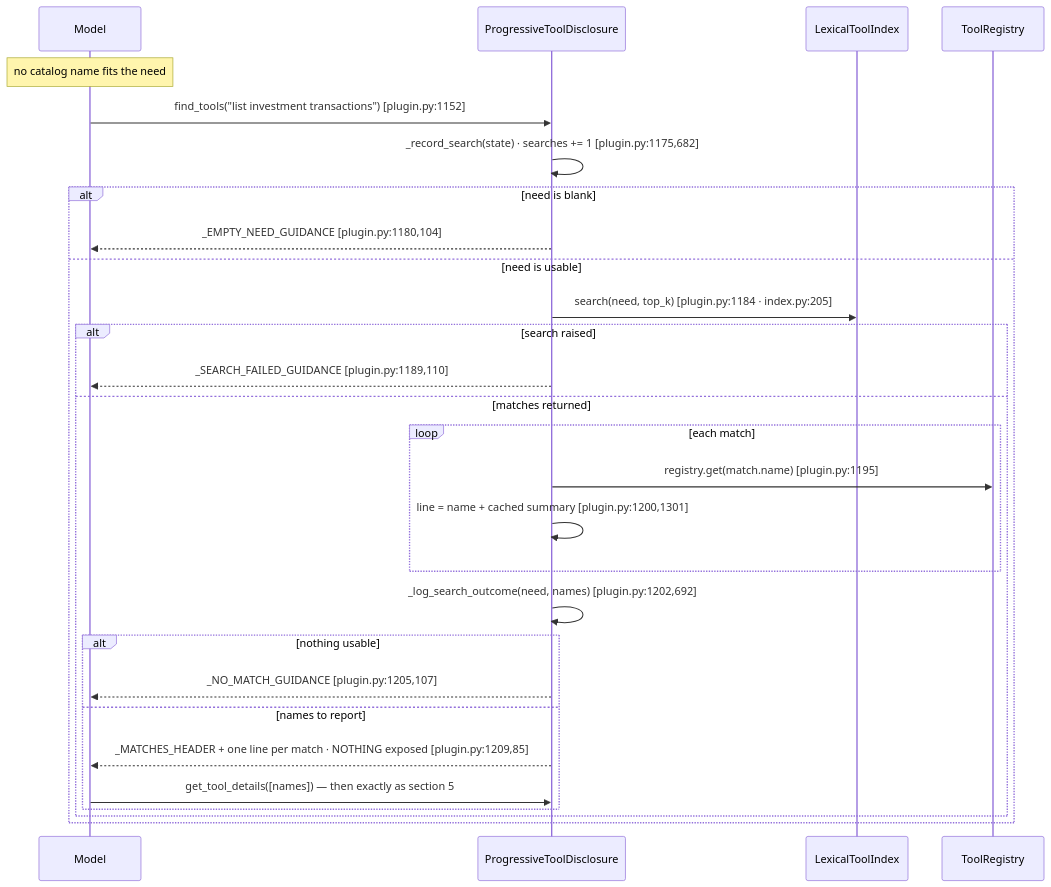
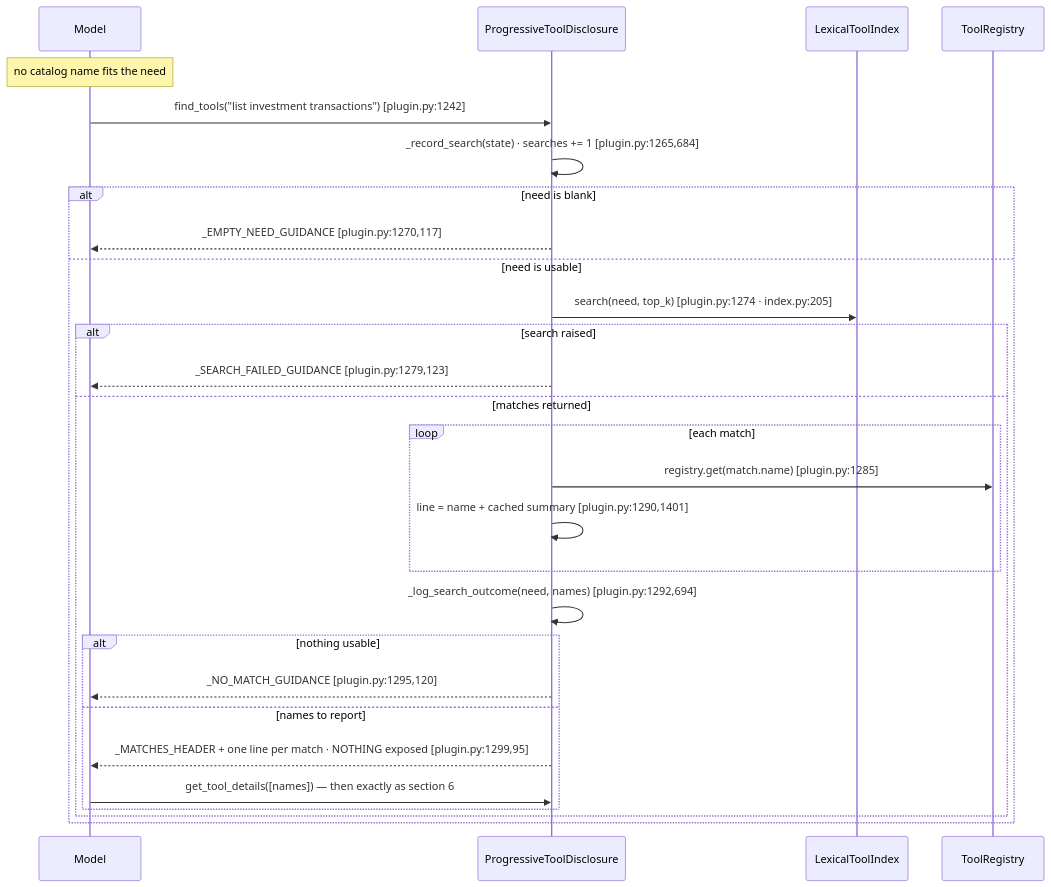
Before and after one commit to aws-samples/sample-context-engineering: the fourth of 6 diagrams in docs/design/sequence/sequence-b-progressive-tool-disclosure.md, drawn with Mermaid. The commit also changed other lines of this file and 11 other files, not shown here.

First line of the commit message:
docs: bring design, sequence and how-to docs to the current code

````diff
--- a/docs/design/sequence/sequence-b-progressive-tool-disclosure.md
+++ b/docs/design/sequence/sequence-b-progressive-tool-disclosure.md
@@ -221,31 +329,31 @@
 ```mermaid
 sequenceDiagram
     participant Model
     participant Plugin as ProgressiveToolDisclosure
     participant Index as LexicalToolIndex
     participant Reg as ToolRegistry
 
     Note over Model: no catalog name fits the need
-    Model->>Plugin: find_tools("list investment transactions") [plugin.py:1152]
-    Plugin->>Plugin: _record_search(state) · searches += 1 [plugin.py:1175,682]
+    Model->>Plugin: find_tools("list investment transactions") [plugin.py:1242]
+    Plugin->>Plugin: _record_search(state) · searches += 1 [plugin.py:1265,684]
     alt need is blank
-        Plugin-->>Model: _EMPTY_NEED_GUIDANCE [plugin.py:1180,104]
+        Plugin-->>Model: _EMPTY_NEED_GUIDANCE [plugin.py:1270,117]
     else need is usable
-        Plugin->>Index: search(need, top_k) [plugin.py:1184 · index.py:205]
+        Plugin->>Index: search(need, top_k) [plugin.py:1274 · index.py:205]
         alt search raised
-            Plugin-->>Model: _SEARCH_FAILED_GUIDANCE [plugin.py:1189,110]
+            Plugin-->>Model: _SEARCH_FAILED_GUIDANCE [plugin.py:1279,123]
         else matches returned
             loop each match
-                Plugin->>Reg: registry.get(match.name) [plugin.py:1195]
-                Plugin->>Plugin: line = name + cached summary [plugin.py:1200,1301]
+                Plugin->>Reg: registry.get(match.name) [plugin.py:1285]
+                Plugin->>Plugin: line = name + cached summary [plugin.py:1290,1401]
             end
-            Plugin->>Plugin: _log_search_outcome(need, names) [plugin.py:1202,692]
+            Plugin->>Plugin: _log_search_outcome(need, names) [plugin.py:1292,694]
             alt nothing usable
-                Plugin-->>Model: _NO_MATCH_GUIDANCE [plugin.py:1205,107]
+                Plugin-->>Model: _NO_MATCH_GUIDANCE [plugin.py:1295,120]
             else names to report
-                Plugin-->>Model: _MATCHES_HEADER + one line per match · NOTHING exposed [plugin.py:1209,85]
-                Model->>Plugin: get_tool_details([names]) — then exactly as section 5
+                Plugin-->>Model: _MATCHES_HEADER + one line per match · NOTHING exposed [plugin.py:1299,95]
+                Model->>Plugin: get_tool_details([names]) — then exactly as section 6
             end
         end
     end
 ```
````
